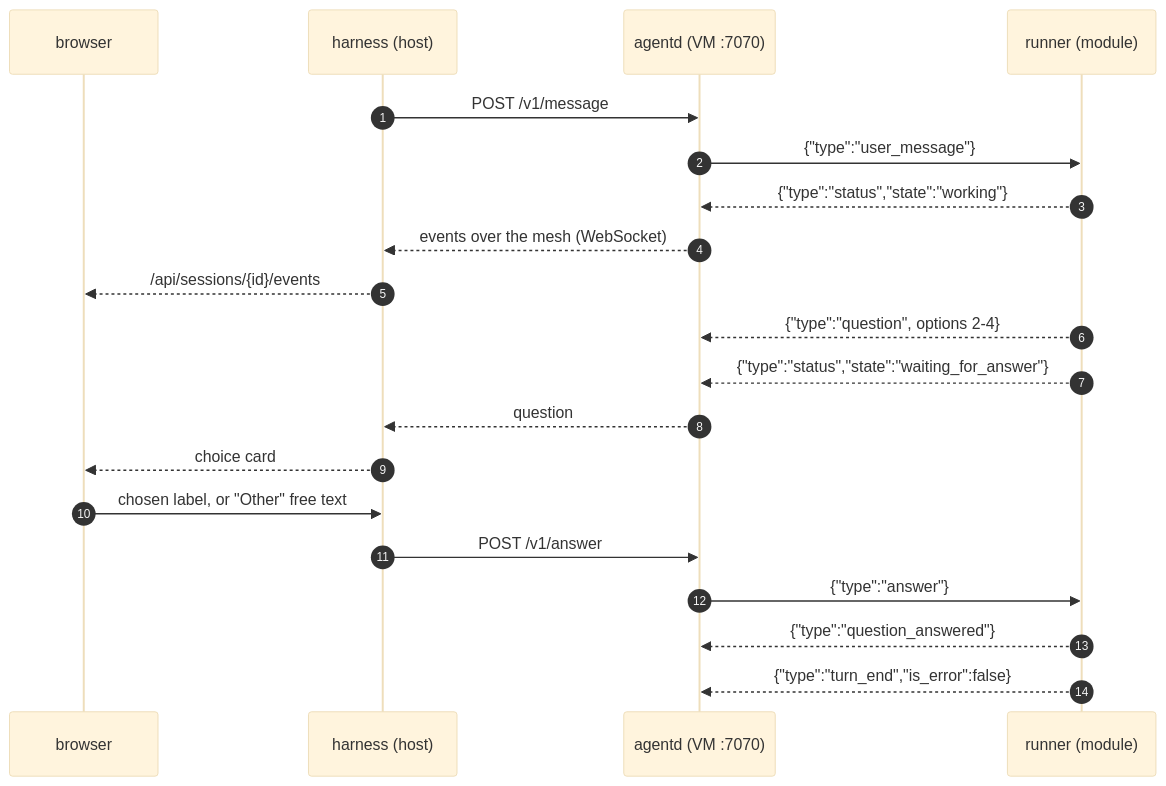
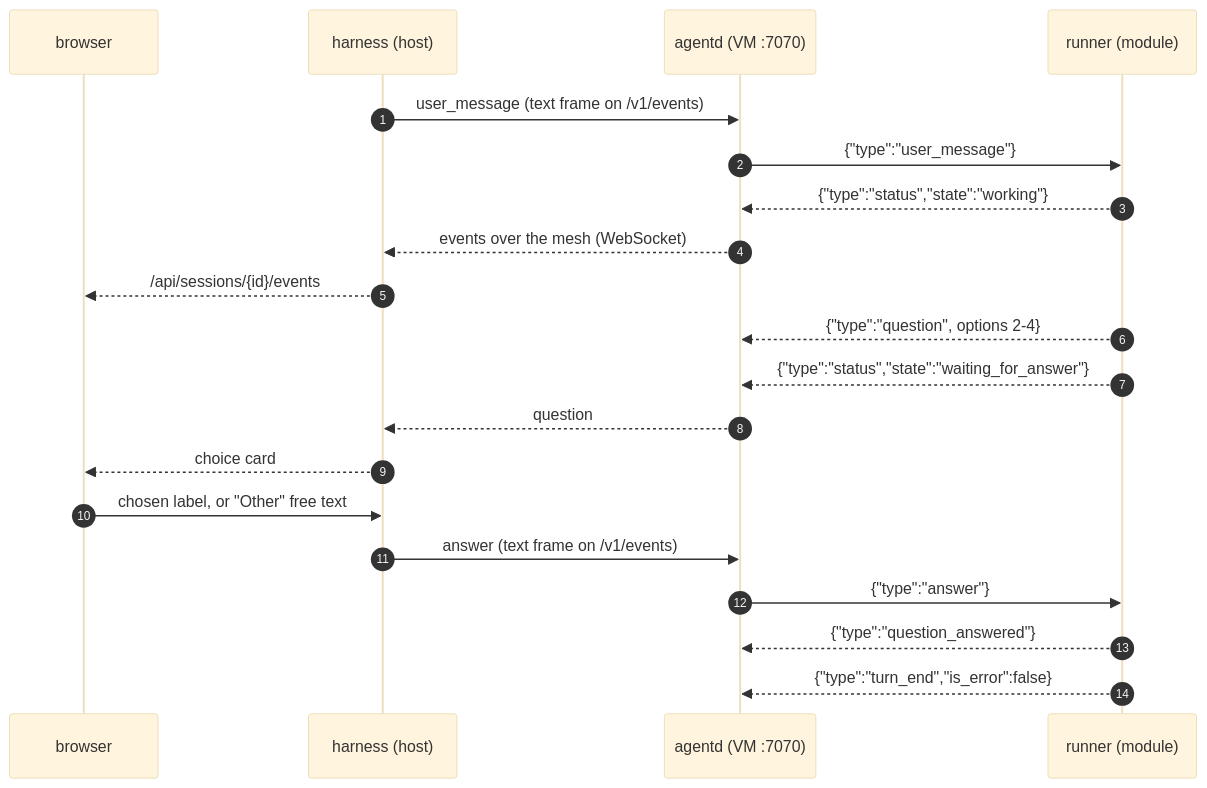
Before and after one commit to Colonizer-dev/harness: the diagram in docs/protocol.md, drawn with Mermaid (base theme). The commit also changed other lines of this file and 35 other files, not shown here.

````diff
--- a/docs/protocol.md
+++ b/docs/protocol.md
@@ -85,25 +90,25 @@
 ```mermaid
 sequenceDiagram
   autonumber
   participant B as browser
   participant H as harness (host)
   participant A as agentd (VM :7070)
   participant R as runner (module)
 
-  H->>A: POST /v1/message
+  H->>A: user_message (text frame on /v1/events)
   A->>R: {"type":"user_message"}
   R-->>A: {"type":"status","state":"working"}
   A-->>H: events over the mesh (WebSocket)
   H-->>B: /api/sessions/{id}/events
 
   R-->>A: {"type":"question", options 2-4}
   R-->>A: {"type":"status","state":"waiting_for_answer"}
   A-->>H: question
   H-->>B: choice card
 
   B->>H: chosen label, or "Other" free text
-  H->>A: POST /v1/answer
+  H->>A: answer (text frame on /v1/events)
   A->>R: {"type":"answer"}
   R-->>A: {"type":"question_answered"}
   R-->>A: {"type":"turn_end","is_error":false}
 ```
````
